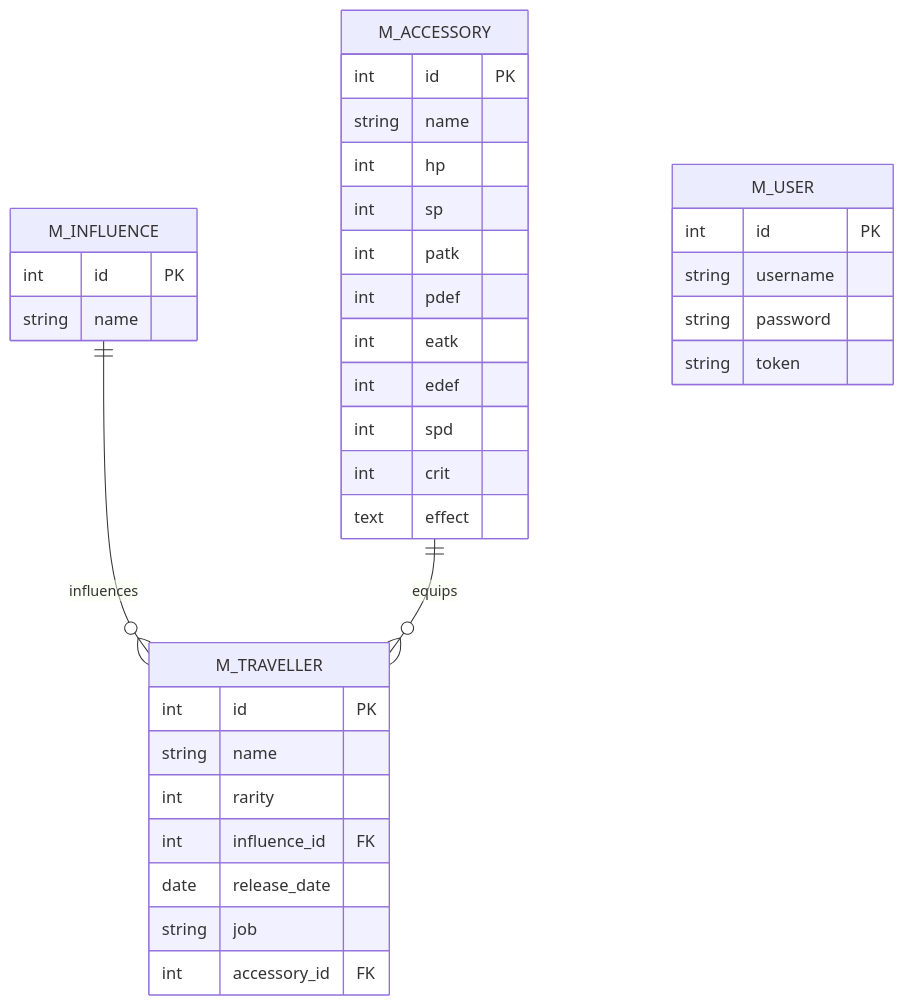
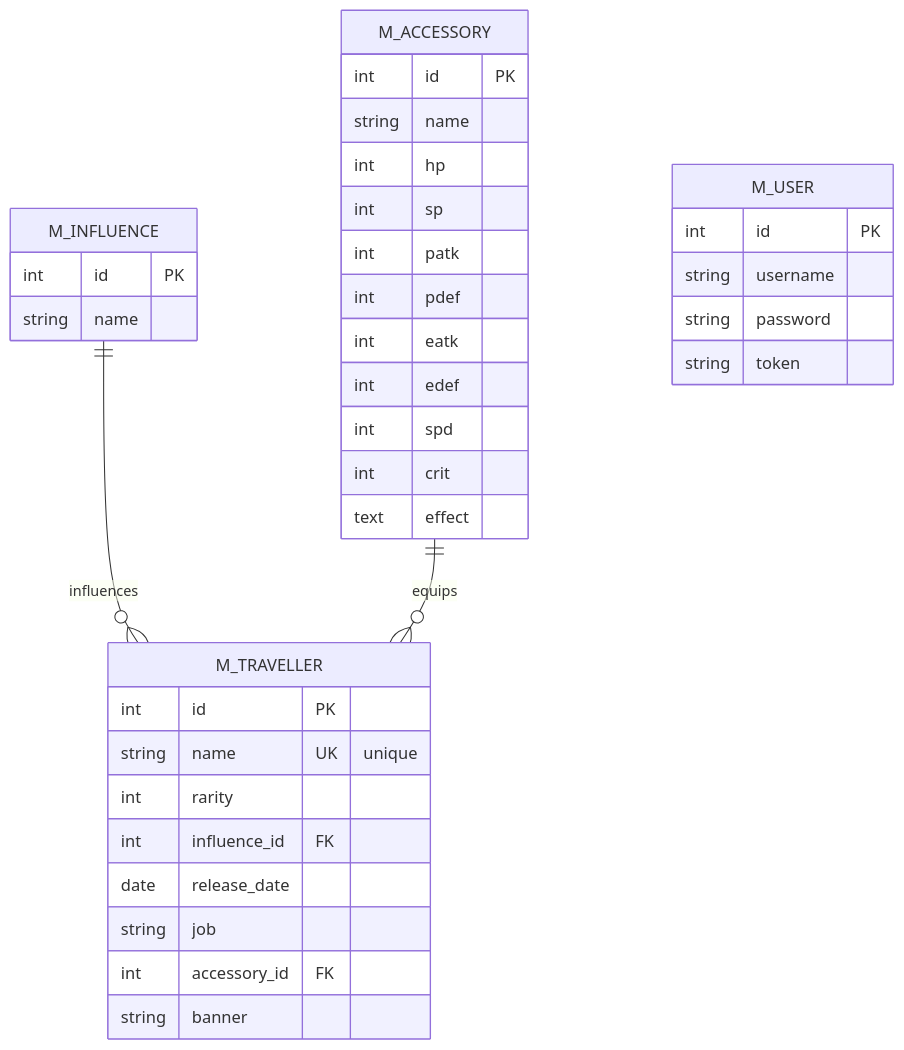
Before and after one commit to DeviMaya23/ctc-db: the diagram in README.md, drawn with Mermaid. The commit also changed 2 other files, not shown here.

Commit message:
feat: add constraint unique, update erd

````diff
--- a/README.md
+++ b/README.md
@@ -7,41 +7,42 @@
 ```mermaid
 erDiagram
     M_INFLUENCE ||--o{ M_TRAVELLER : influences
     M_ACCESSORY ||--o{ M_TRAVELLER : equips
     
     M_INFLUENCE {
         int id PK
         string name
     }
     
     M_TRAVELLER {
         int id PK
-        string name
+        string name UK "unique"
         int rarity
         int influence_id FK
         date release_date
         string job
         int accessory_id FK
+        string banner
     }
     
     M_USER {
         int id PK
         string username
         string password
         string token
     }
     
     M_ACCESSORY {
         int id PK
         string name
         int hp
         int sp
         int patk
         int pdef
         int eatk
         int edef
         int spd
         int crit
         text effect
     }
 ```
````
